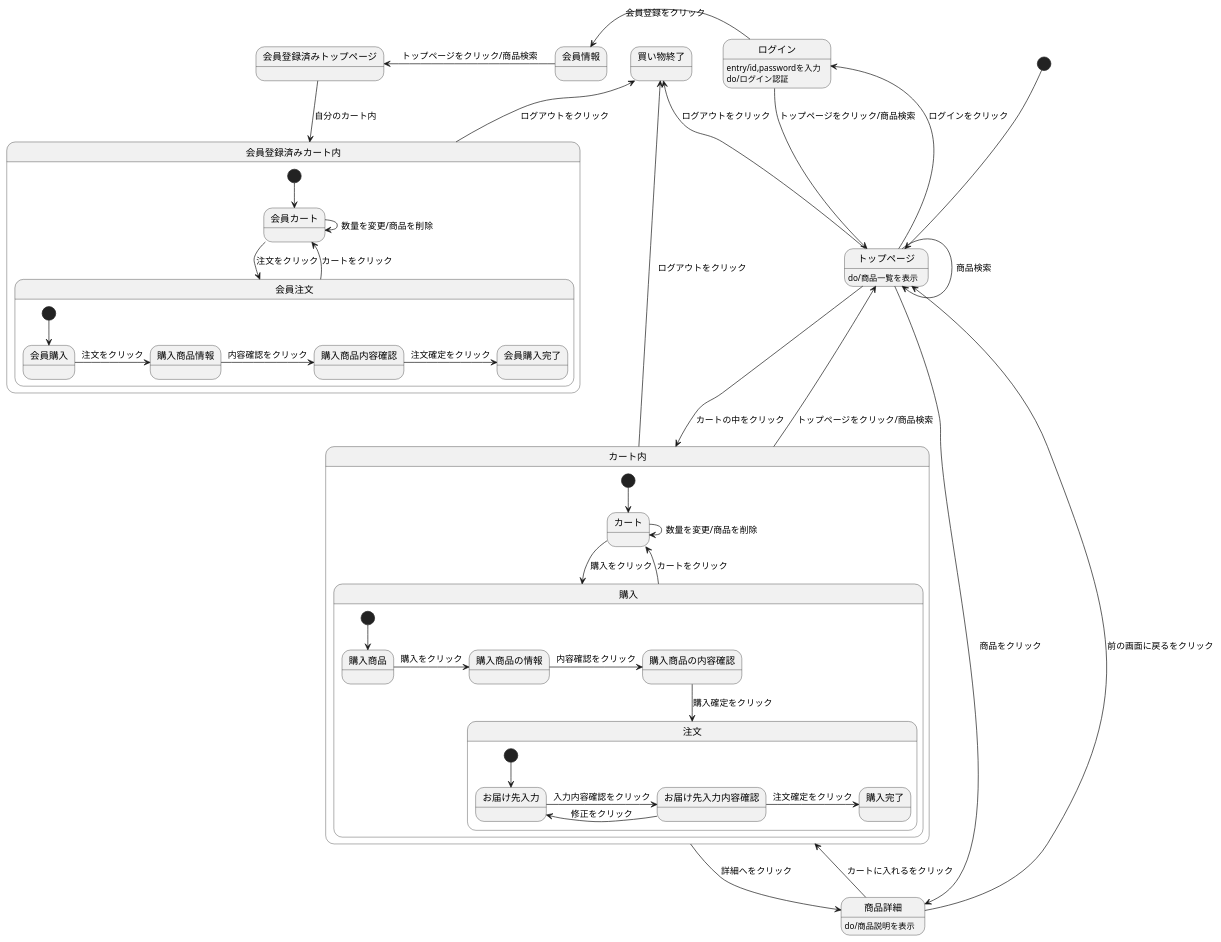
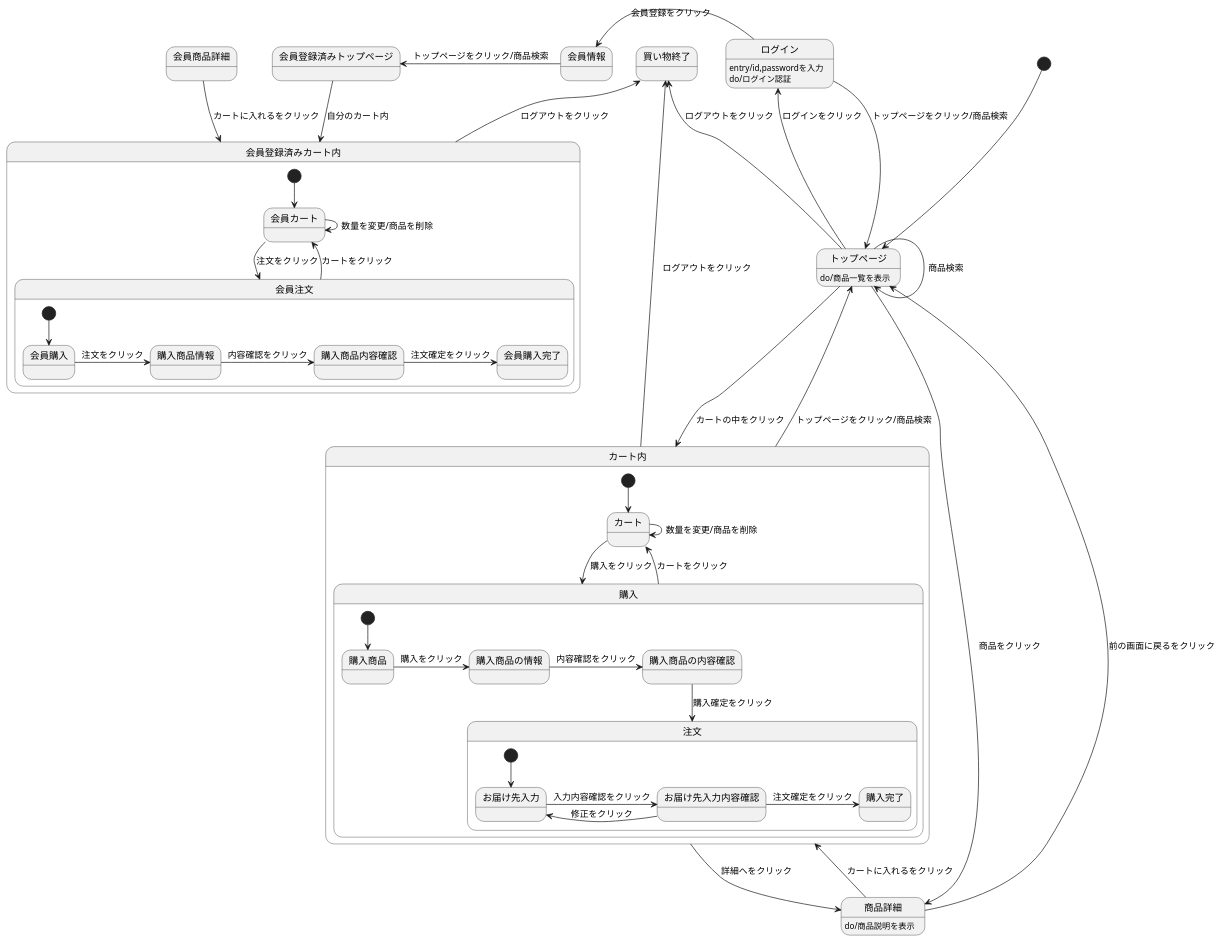
Before and after one commit to Aso2001140/2012sys-design: the diagram in create 12.md, drawn with PlantUML.

Commit message:
Create create 12.md

````diff
--- a/create 12.md
+++ b/create 12.md
@@ -1,56 +1,57 @@
 ```uml
 @startuml
 [*] --> トップページ
 会員情報 -left-> 会員登録済みトップページ : トップページをクリック/商品検索
 会員登録済みトップページ -down-> 会員登録済みカート内 : 自分のカート内
+会員商品詳細 -down-> 会員登録済みカート内 : カートに入れるをクリック
 ログイン -down-> トップページ : トップページをクリック/商品検索
 ログイン : entry/id,passwordを入力
 ログイン : do/ログイン認証
 トップページ -up-> 買い物終了 : ログアウトをクリック
 トップページ -> トップページ : 商品検索
 トップページ -left-> 商品詳細 : 商品をクリック
 ログイン -left-> 会員情報 : 会員登録をクリック
 トップページ -left-> ログイン : ログインをクリック
 トップページ -down-> カート内 : カートの中をクリック
 トップページ : do/商品一覧を表示
 商品詳細 -down-> カート内 : カートに入れるをクリック
 商品詳細 --> トップページ : 前の画面に戻るをクリック
 商品詳細 : do/商品説明を表示
 カート内 -up-> トップページ : トップページをクリック/商品検索
 カート内 -up-> 買い物終了 : ログアウトをクリック
 会員登録済みカート内 -up-> 買い物終了 : ログアウトをクリック
 カート内 -> 商品詳細 : 詳細へをクリック
 
 
 state カート内{
 [*] --> カート
 カート -down-> 購入 : 購入をクリック
 カート -> カート : 数量を変更/商品を削除
 購入 --> カート : カートをクリック
 state 購入{
 [*] --> 購入商品
 購入商品 -> 購入商品の情報 : 購入をクリック
 購入商品の情報 -> 購入商品の内容確認 : 内容確認をクリック
 購入商品の内容確認 -down-> 注文 : 購入確定をクリック
 state 注文{
 [*] --> お届け先入力
 お届け先入力 -> お届け先入力内容確認 : 入力内容確認をクリック
 お届け先入力内容確認 -> お届け先入力 : 修正をクリック
 お届け先入力内容確認 -> 購入完了 : 注文確定をクリック
 }
 }
 }
 state 会員登録済みカート内{
 [*] --> 会員カート
 会員カート -> 会員注文 : 注文をクリック
 会員カート -> 会員カート : 数量を変更/商品を削除
 会員注文 --> 会員カート : カートをクリック
 state 会員注文{
 [*] --> 会員購入
 会員購入 -> 購入商品情報 : 注文をクリック
 購入商品情報 -> 購入商品内容確認 : 内容確認をクリック
 購入商品内容確認 -> 会員購入完了 : 注文確定をクリック
 }
 }
 @enduml
 ```
````
